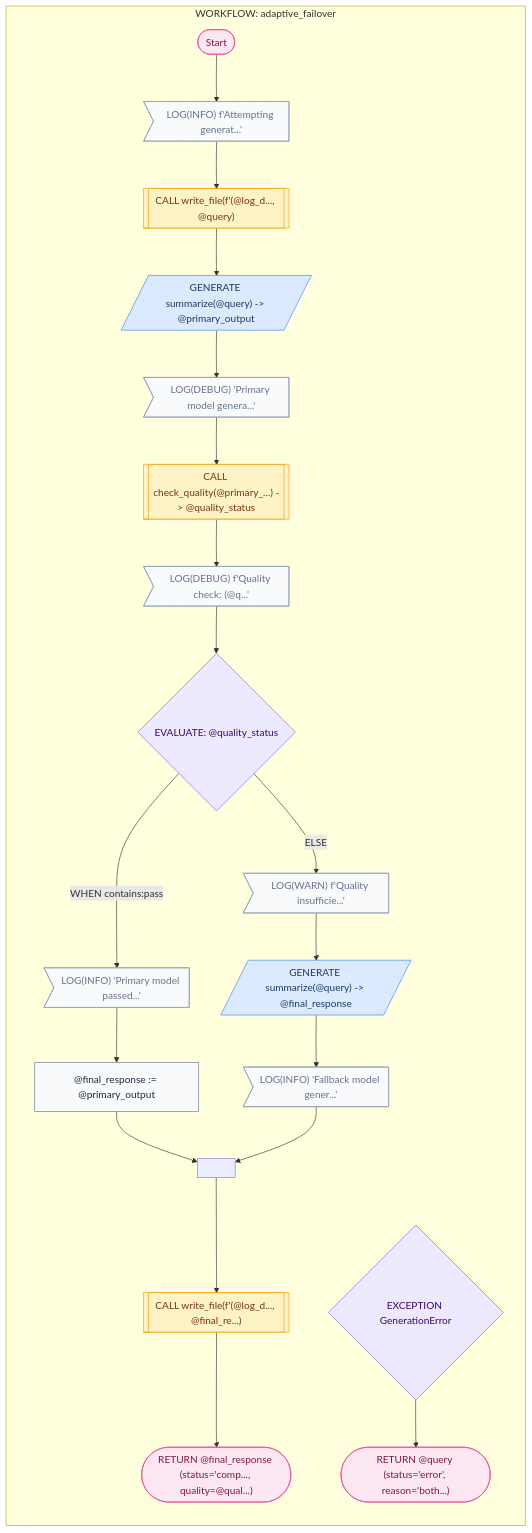
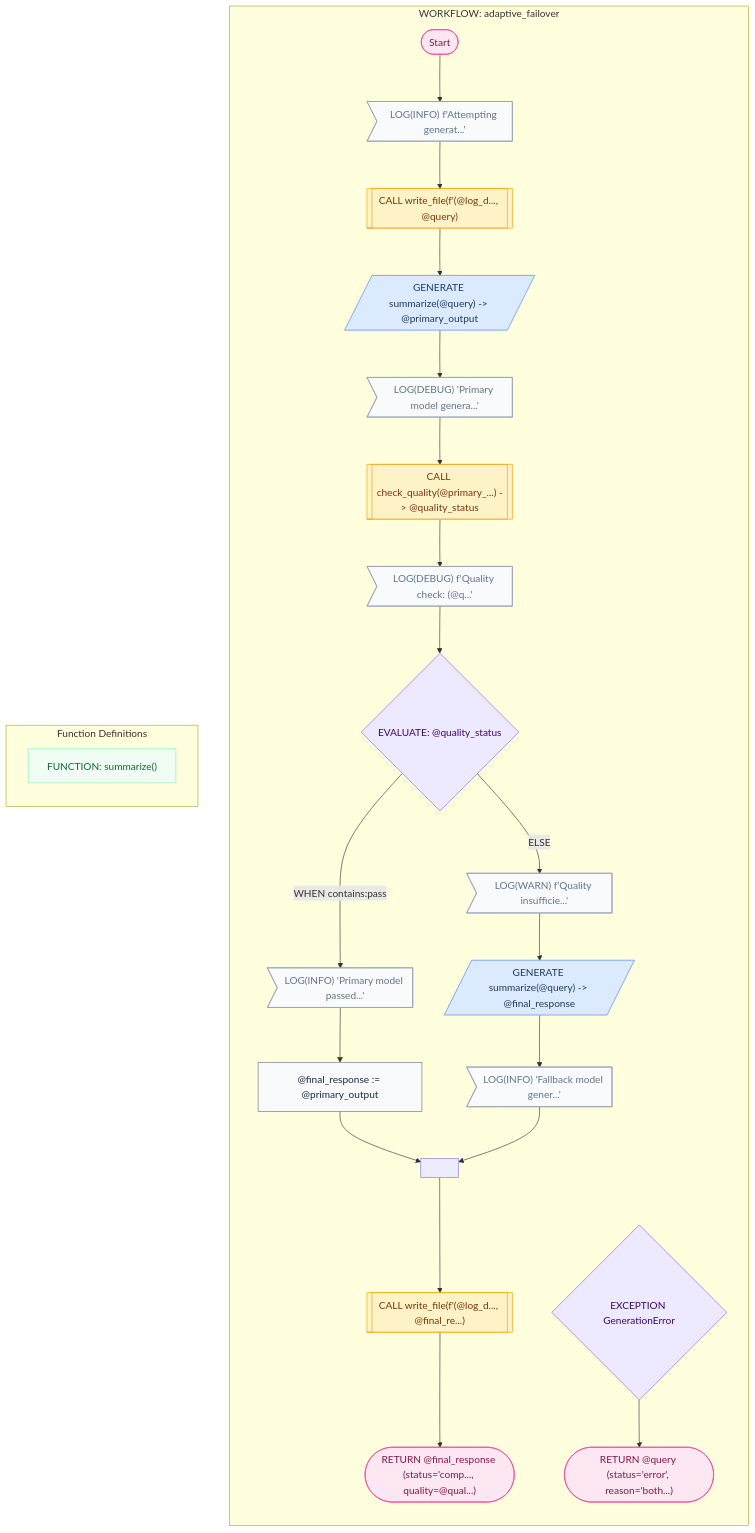
The diagram in cookbook/44_adaptive_failover/mermaid/adaptive_failover.md (digital-duck/SPL.py), drawn with Mermaid before and after one commit. The commit also changed 334 other files, not shown here.

````diff
--- a/cookbook/44_adaptive_failover/mermaid/adaptive_failover.md
+++ b/cookbook/44_adaptive_failover/mermaid/adaptive_failover.md
@@ -7,65 +7,70 @@
 ```mermaid
 flowchart TD
     subgraph SG_adaptive_failover["WORKFLOW: adaptive_failover"]
     direction TB
     START1(["Start"])
     LOG2>"LOG(INFO) f'Attempting generat...'"]
     SUB3[["CALL write_file(f'(@log_d..., @query)"]]
     LOG2 --> SUB3
     GEN4[/"GENERATE summarize(@query) -> @primary_output"/]
     SUB3 --> GEN4
     LOG5>"LOG(DEBUG) 'Primary model genera...'"]
     GEN4 --> LOG5
     SUB6[["CALL check_quality(@primary_...) -> @quality_status"]]
     LOG5 --> SUB6
     LOG7>"LOG(DEBUG) f'Quality check: (@q...'"]
     SUB6 --> LOG7
     EVAL8{"EVALUATE: @quality_status"}
     LOG10>"LOG(INFO) 'Primary model passed...'"]
     A11["@final_response := @primary_output"]
     LOG10 --> A11
     EVAL8 -->|"WHEN contains:pass"| LOG10
     A11 --> MERGE9
     LOG12>"LOG(WARN) f'Quality insufficie...'"]
     GEN13[/"GENERATE summarize(@query) -> @final_response"/]
     LOG12 --> GEN13
     LOG14>"LOG(INFO) 'Fallback model gener...'"]
     GEN13 --> LOG14
     EVAL8 -->|"ELSE"| LOG12
     LOG14 --> MERGE9
     MERGE9[" "]
     LOG7 --> EVAL8
     SUB15[["CALL write_file(f'(@log_d..., @final_re...)"]]
     MERGE9 --> SUB15
     RET16(["RETURN @final_response (status='comp..., quality=@qual...)"])
     SUB15 --> RET16
     START1 --> LOG2
     EXC17{"EXCEPTION GenerationError"}
     RET18(["RETURN @query (status='error', reason='both...)"])
     EXC17 --> RET18
     end
+    subgraph FUNCTIONS["Function Definitions"]
+    direction TB
+    FN19["FUNCTION: summarize()"]
+    end
     class START1 term
     class LOG2 log
     class SUB3 proc
     class GEN4 llm
     class LOG5 log
     class SUB6 proc
     class LOG7 log
     class EVAL8 ctrl
     class LOG10 log
     class A11 assign
     class LOG12 log
     class GEN13 llm
     class LOG14 log
     class SUB15 proc
     class RET16 term
     class EXC17 ctrl
     class RET18 term
+    class FN19 fn
     classDef llm fill:#dbeafe,stroke:#3b82f6,color:#1e3a5f
     classDef proc fill:#fef3c7,stroke:#f59e0b,color:#78350f
     classDef ctrl fill:#ede9fe,stroke:#8b5cf6,color:#3b0764
     classDef term fill:#fce7f3,stroke:#ec4899,color:#831843
     classDef log fill:#f8fafc,stroke:#94a3b8,color:#64748b
     classDef fn fill:#f0fdf4,stroke:#86efac,color:#166534
     classDef assign fill:#f8fafc,stroke:#64748b,color:#1e293b
 ```
````
